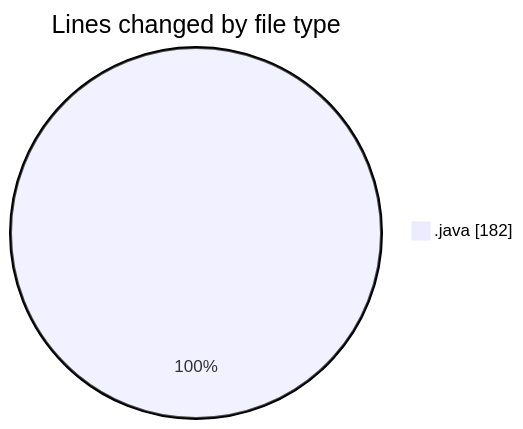
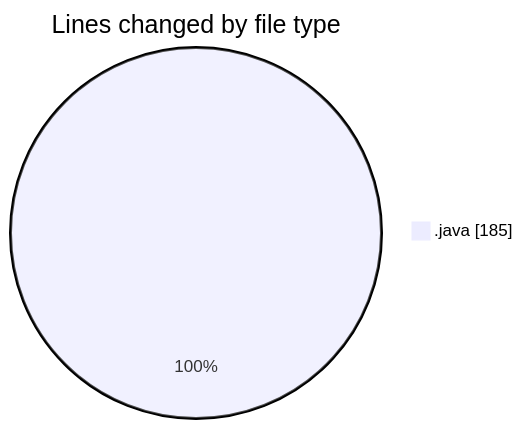
One commit to hasnaa123/code-tracking changed the first of 2 diagrams in 2025-12-28/java_basics/README.md. Above: the diagram before and after it, drawn with Mermaid. The commit also changed other lines of this file and 1 other file, not shown here.

````diff
--- a/2025-12-28/java_basics/README.md
+++ b/2025-12-28/java_basics/README.md
@@ -20,5 +20,5 @@
 ```mermaid
 pie showData
 title Lines changed by file type
-".java" : 182
+".java" : 185
 ```
````
